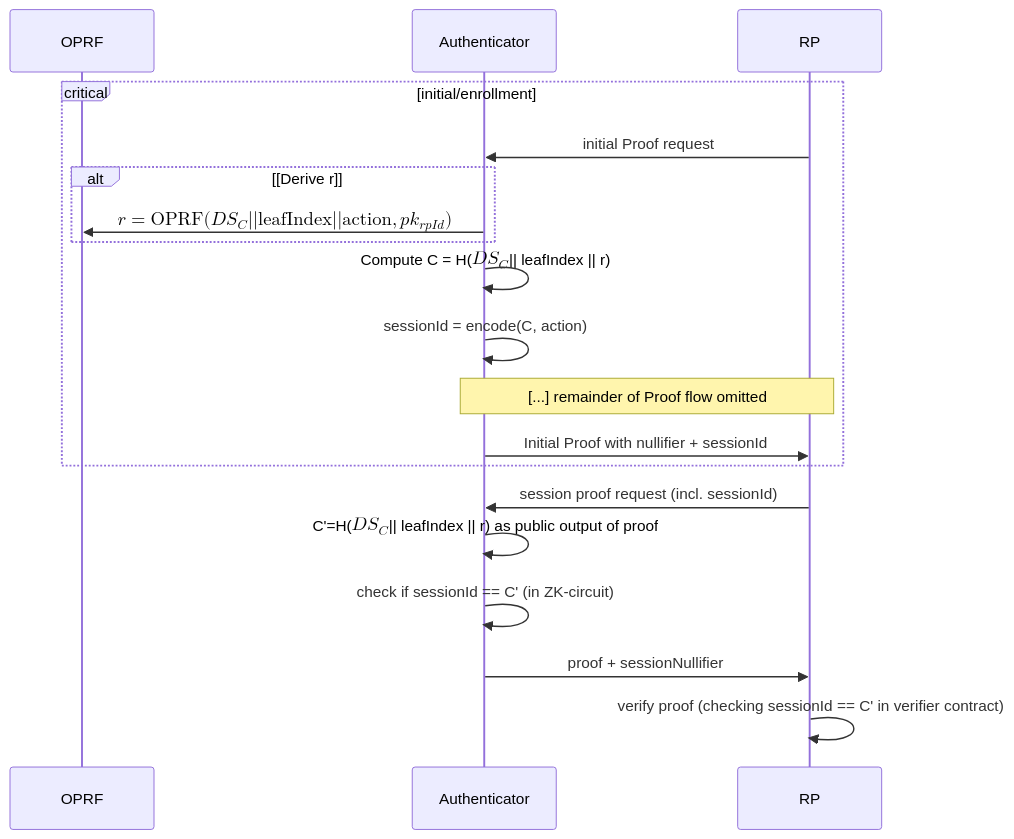
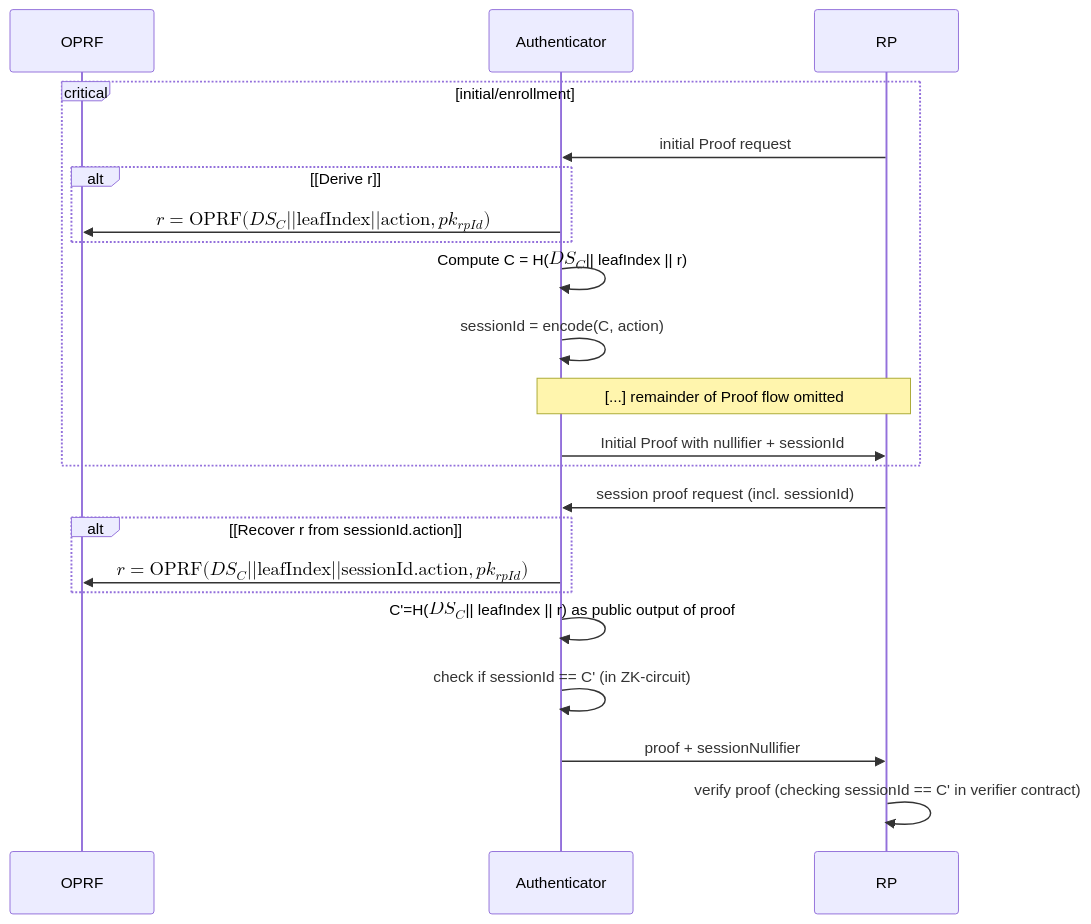
One commit to worldcoin/world-id-protocol changed the second of 2 diagrams in docs/world-id-4-specs/README.md. Above: the diagram before and after it, drawn with Mermaid. The commit also changed other lines of this file and 5 other files, not shown here.

````diff
--- a/docs/world-id-4-specs/README.md
+++ b/docs/world-id-4-specs/README.md
@@ -251,24 +251,27 @@
 ```mermaid
 sequenceDiagram
 participant o as OPRF
 participant a as Authenticator
 participant rp as RP
 
 critical initial/enrollment
 rp ->> a: initial Proof request
 alt [Derive r]
 a->>o: $$r=\texttt{OPRF}(DS_C || \texttt{leafIndex} || \texttt{action}, pk_{rpId})$$
 end
 a->>a: Compute C = H($$DS_C$$ || leafIndex || r)
 a->>a: sessionId = encode(C, action)
 Note over a, rp: [...] remainder of Proof flow omitted
 a ->> rp: Initial Proof with nullifier + sessionId
 end
 
 rp->>a: session proof request (incl. sessionId)
 
+alt [Recover r from sessionId.action]
+a->>o: $$r=\texttt{OPRF}(DS_C || \texttt{leafIndex} || \texttt{sessionId.action}, pk_{rpId})$$
+end
 a->>a: C'=H($$DS_C$$ || leafIndex || r) as public output of proof
 a->>a: check if sessionId == C' (in ZK-circuit)
 a->>rp: proof + sessionNullifier
 rp->>rp: verify proof (checking sessionId == C' in verifier contract)
 ```
````
